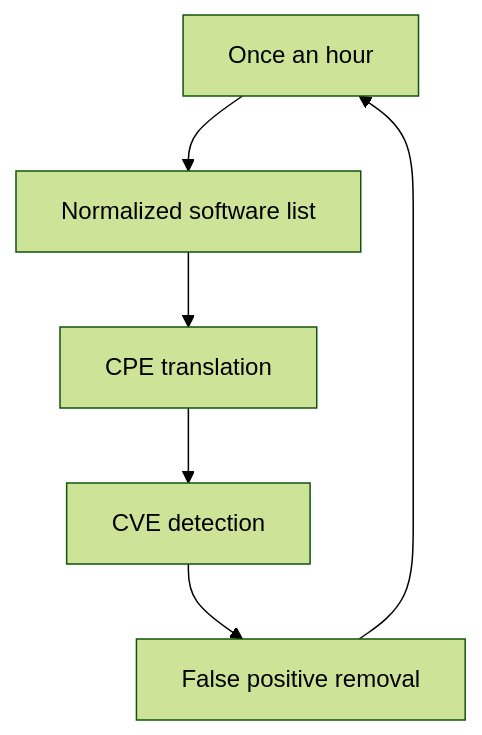
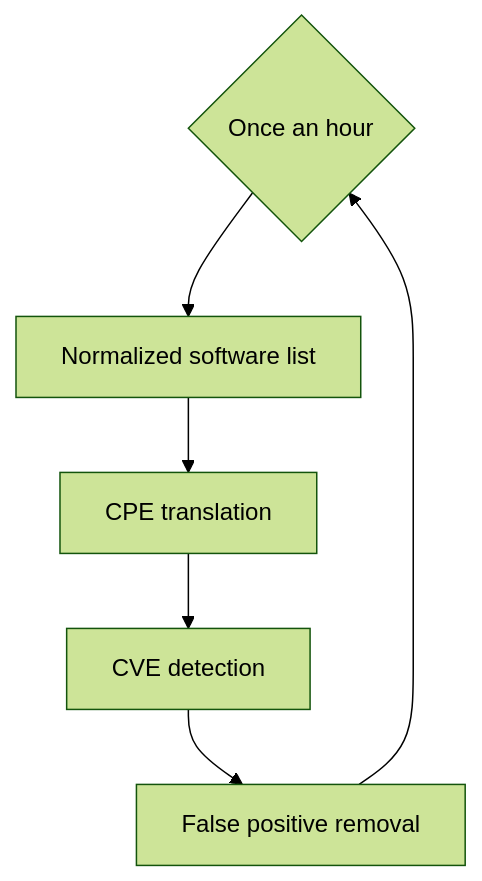
Before and after one commit to fleetdm/fleet: the second of 2 diagrams in docs/01-Using-Fleet/13-Vulnerability-Processing.md, drawn with Mermaid (forest theme).

Commit message:
Change style of once an hour node

````diff
--- a/docs/01-Using-Fleet/13-Vulnerability-Processing.md
+++ b/docs/01-Using-Fleet/13-Vulnerability-Processing.md
@@ -109,8 +109,8 @@
 ```mermaid
 graph TD;
-    A[Once an hour]-->B[Normalized software list]
+    A{Once an hour}-->B[Normalized software list]
     B-->C[CPE translation]
     C-->D[CVE detection]
     D-->E[False positive removal]
     E-->A
 ```
````
